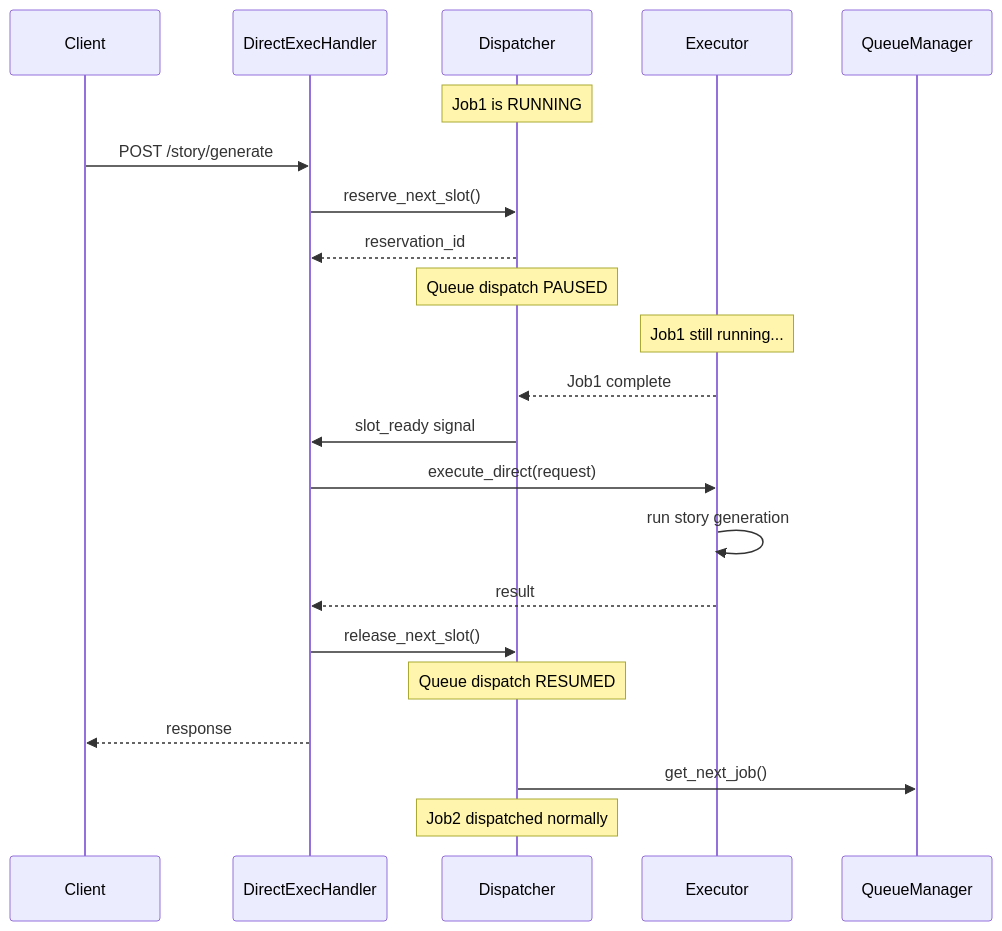
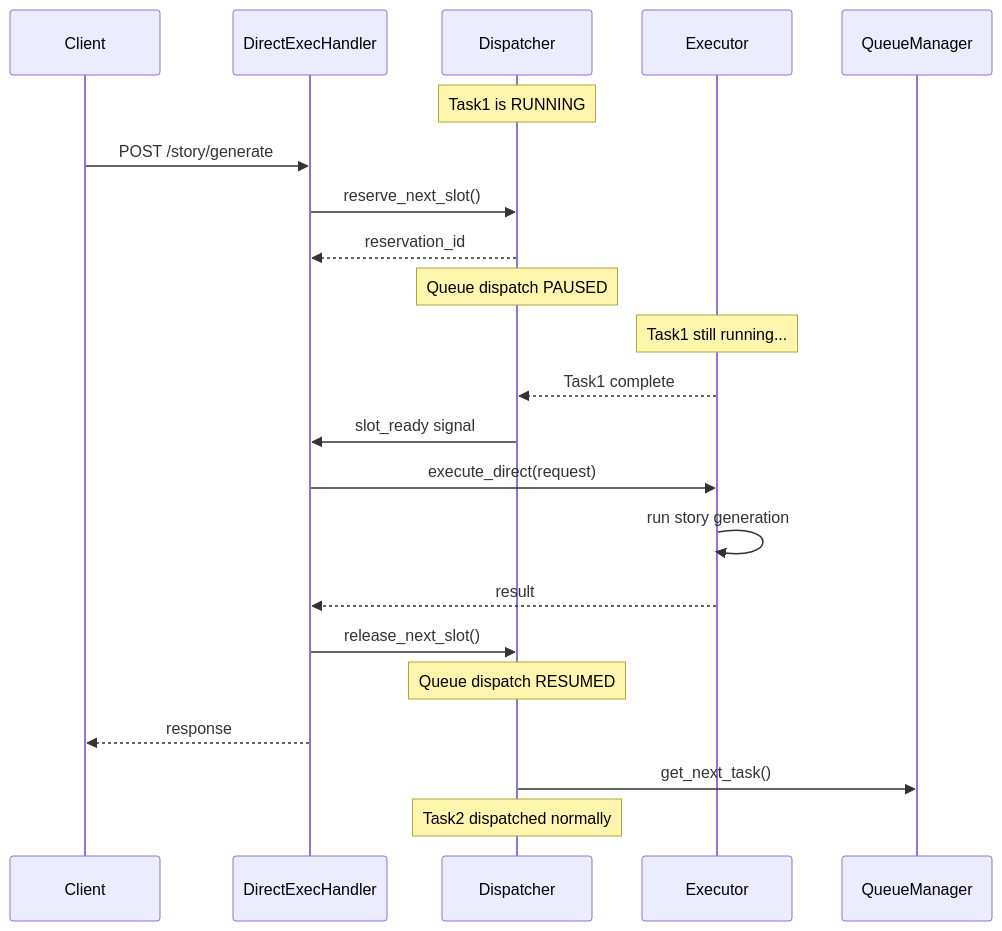
One commit to VinylStage/horror-story-generator changed the second of 6 diagrams in docs/task-scheduler/EXECUTION_FLOW.md. Above: the diagram before and after it, drawn with Mermaid. The commit also changed other lines of this file and 24 other files, not shown here.

````diff
--- a/docs/task-scheduler/EXECUTION_FLOW.md
+++ b/docs/task-scheduler/EXECUTION_FLOW.md
@@ -87,30 +87,30 @@
 ```mermaid
 sequenceDiagram
     participant C as Client
     participant H as DirectExecHandler
     participant D as Dispatcher
     participant E as Executor
     participant Q as QueueManager
 
-    Note over D: Job1 is RUNNING
+    Note over D: Task1 is RUNNING
     C->>H: POST /story/generate
     H->>D: reserve_next_slot()
     D-->>H: reservation_id
 
     Note over D: Queue dispatch PAUSED
-    Note over E: Job1 still running...
+    Note over E: Task1 still running...
 
-    E-->>D: Job1 complete
+    E-->>D: Task1 complete
     D->>H: slot_ready signal
 
     H->>E: execute_direct(request)
     E->>E: run story generation
     E-->>H: result
 
     H->>D: release_next_slot()
     Note over D: Queue dispatch RESUMED
     H-->>C: response
 
-    D->>Q: get_next_job()
-    Note over D: Job2 dispatched normally
+    D->>Q: get_next_task()
+    Note over D: Task2 dispatched normally
 ```
````
